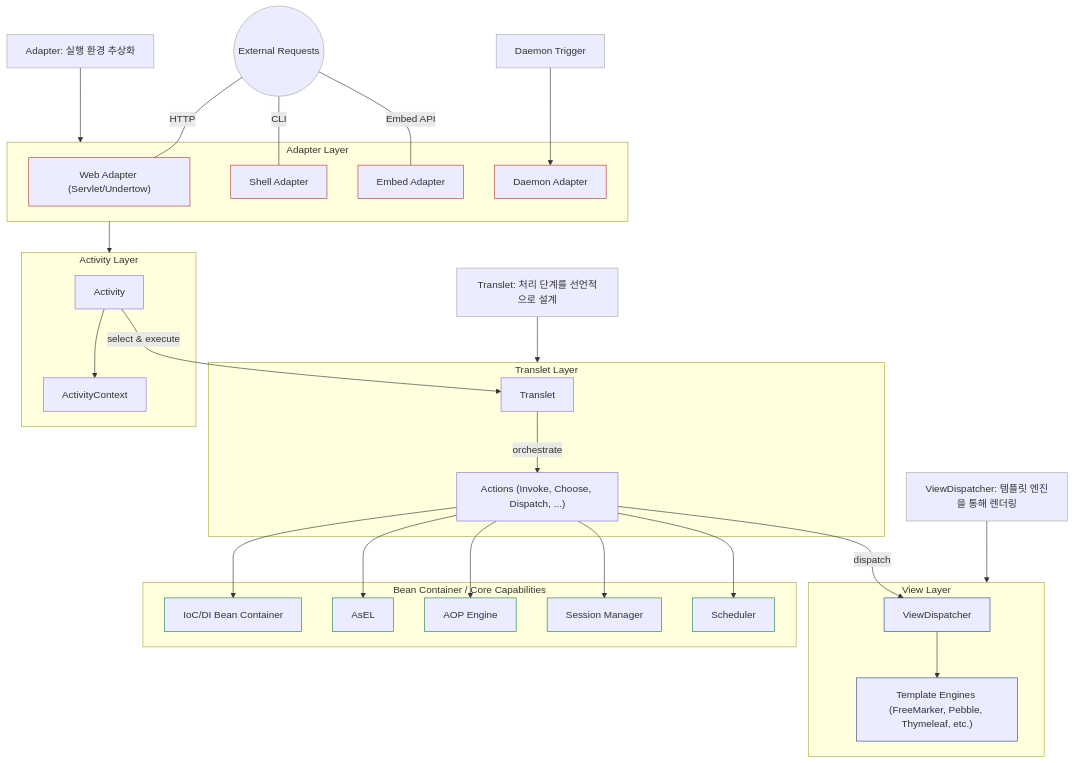
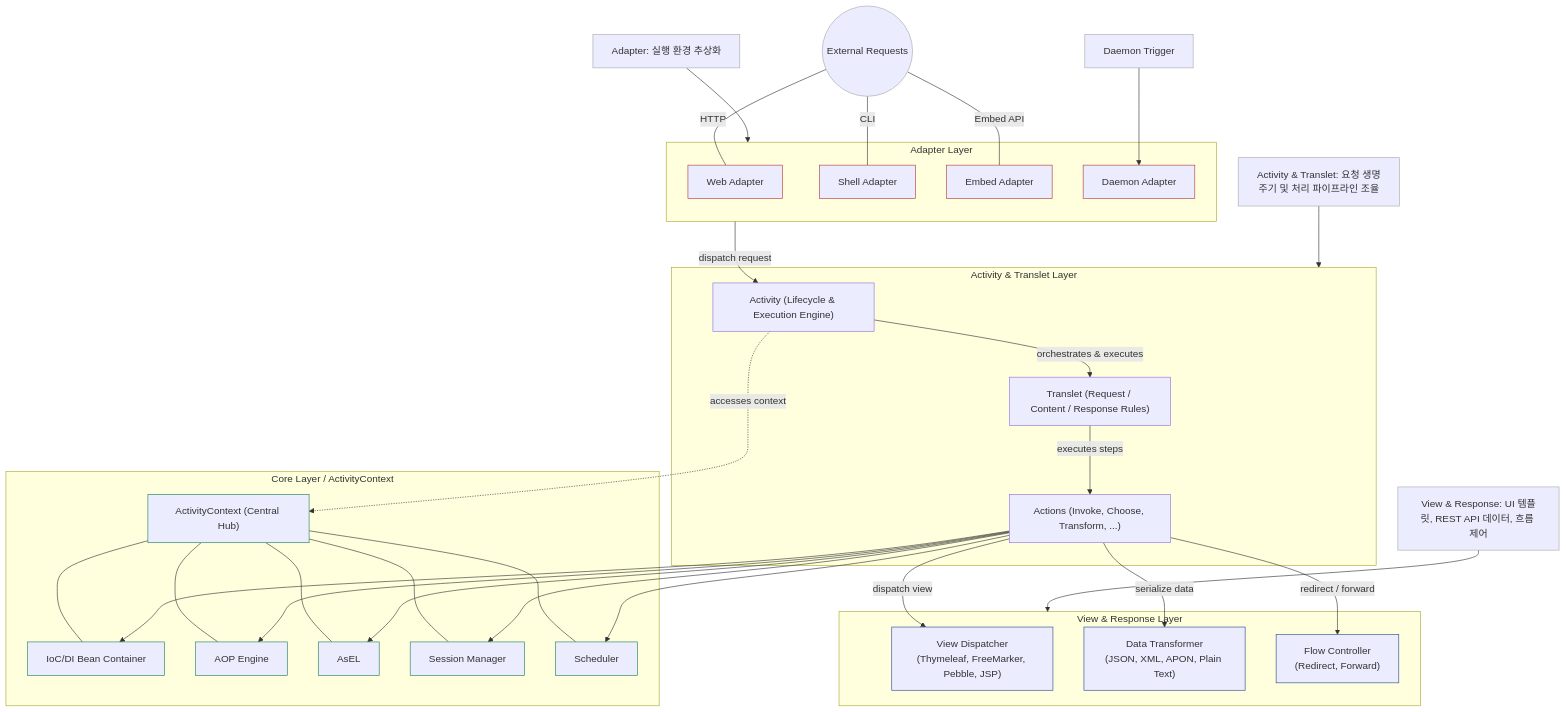
Before and after one commit to aspectran/aspectran.github.io: the first of 9 diagrams in _pages/ko/docs/guides/aspectran-architecture-diagrams.md, drawn with Mermaid. The commit also changed other lines of this file and 1 other file, not shown here.

````diff
--- a/_pages/ko/docs/guides/aspectran-architecture-diagrams.md
+++ b/_pages/ko/docs/guides/aspectran-architecture-diagrams.md
@@ -25,73 +35,72 @@
 ```mermaid
 flowchart TB
   %% Styles
   classDef layer stroke:#2a4b8d,stroke-width:1px
   classDef core stroke:#1e7f5c,stroke-width:1px
   classDef adapter stroke:#b23a3a,stroke-width:1px
   classDef note stroke:#aaa
 
   %% Entrypoints
   Clients((External Requests)):::note
   DaemonTrig["Daemon Trigger"]:::note
 
   Clients ---|HTTP| Web
   Clients ---|CLI| Shell
   Clients ---|Embed API| Embed
   DaemonTrig --> DaemonAdp
 
   %% Adapter Layer
   subgraph Adapters[Adapter Layer]
-    Web["Web Adapter (Servlet/Undertow)"]:::adapter
+    Web["Web Adapter"]:::adapter
     Shell["Shell Adapter"]:::adapter
     DaemonAdp["Daemon Adapter"]:::adapter
     Embed["Embed Adapter"]:::adapter
   end
 
-  %% Activity Layer
-  subgraph ActivityLayer[Activity Layer]
-    Activity["Activity"]
-    ActCtx["ActivityContext"]
-    Activity --> ActCtx
-  end
-
-  %% Translet Layer
-  subgraph TransletLayer[Translet Layer]
-    Translet["Translet"]
-    Actions["Actions (Invoke, Choose, Dispatch, ...)"]
-    Activity -->|select & execute| Translet
-    Translet -->|orchestrate| Actions
+  %% Activity & Translet Layer
+  subgraph ActivityProcessing[Activity & Translet Layer]
+    Activity["Activity (Lifecycle & Execution Engine)"]
+    Translet["Translet (Request / Content / Response Rules)"]
+    Actions["Actions (Invoke, Choose, Transform, ...)"]
+    Activity -->|orchestrates & executes| Translet
+    Translet -->|executes steps| Actions
   end
 
   %% Core Capabilities
-  subgraph Core[Bean Container / Core Capabilities]
+  subgraph Core[Core Layer / ActivityContext]
+    ActCtx["ActivityContext (Central Hub)"]:::core
     Beans["IoC/DI Bean Container"]:::core
     AOP["AOP Engine"]:::core
     AsEL["AsEL"]:::core
     SessionMgr["Session Manager"]:::core
     Sched["Scheduler"]:::core
+    ActCtx --- Beans & AOP & AsEL & SessionMgr & Sched
   end
 
-  %% View Layer
-  subgraph ViewLayer[View Layer]
-    ViewDispatcher["ViewDispatcher"]:::layer
-    TemplateEngines["Template Engines (FreeMarker, Pebble, Thymeleaf, etc.)"]:::layer
-    ViewDispatcher --> TemplateEngines
+  %% View & Response Layer
+  subgraph ViewLayer[View & Response Layer]
+    ViewDispatcher["View Dispatcher<br>(Thymeleaf, FreeMarker, Pebble, JSP)"]:::layer
+    TransformResponse["Data Transformer<br>(JSON, XML, APON, Plain Text)"]:::layer
+    RedirectForward["Flow Controller<br>(Redirect, Forward)"]:::layer
   end
 
   %% Wiring
-  Adapters --> ActivityLayer
+  Adapters -->|dispatch request| Activity
+  Activity -.->|accesses context| ActCtx
   Actions --> Beans
   Actions --> AsEL
   Actions --> AOP
   Actions --> SessionMgr
   Actions --> Sched
-  Actions -->|dispatch| ViewDispatcher
+  Actions -->|dispatch view| ViewDispatcher
+  Actions -->|serialize data| TransformResponse
+  Actions -->|redirect / forward| RedirectForward
 
   %% Notes
   Note1["Adapter: 실행 환경 추상화"]:::note
-  Note2["Translet: 처리 단계를 선언적으로 설계"]:::note
-  Note3["ViewDispatcher: 템플릿 엔진을 통해 렌더링"]:::note
+  Note2["Activity & Translet: 요청 생명주기 및 처리 파이프라인 조율"]:::note
+  Note3["View & Response: UI 템플릿, REST API 데이터, 흐름 제어"]:::note
   Note1 --> Adapters
-  Note2 --> TransletLayer
+  Note2 --> ActivityProcessing
   Note3 --> ViewLayer
 ```
````
